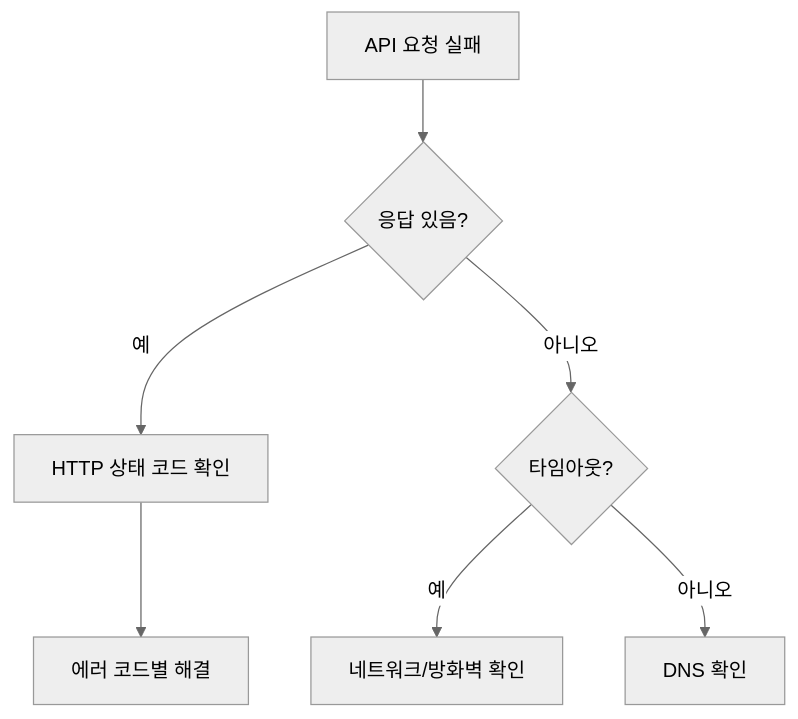
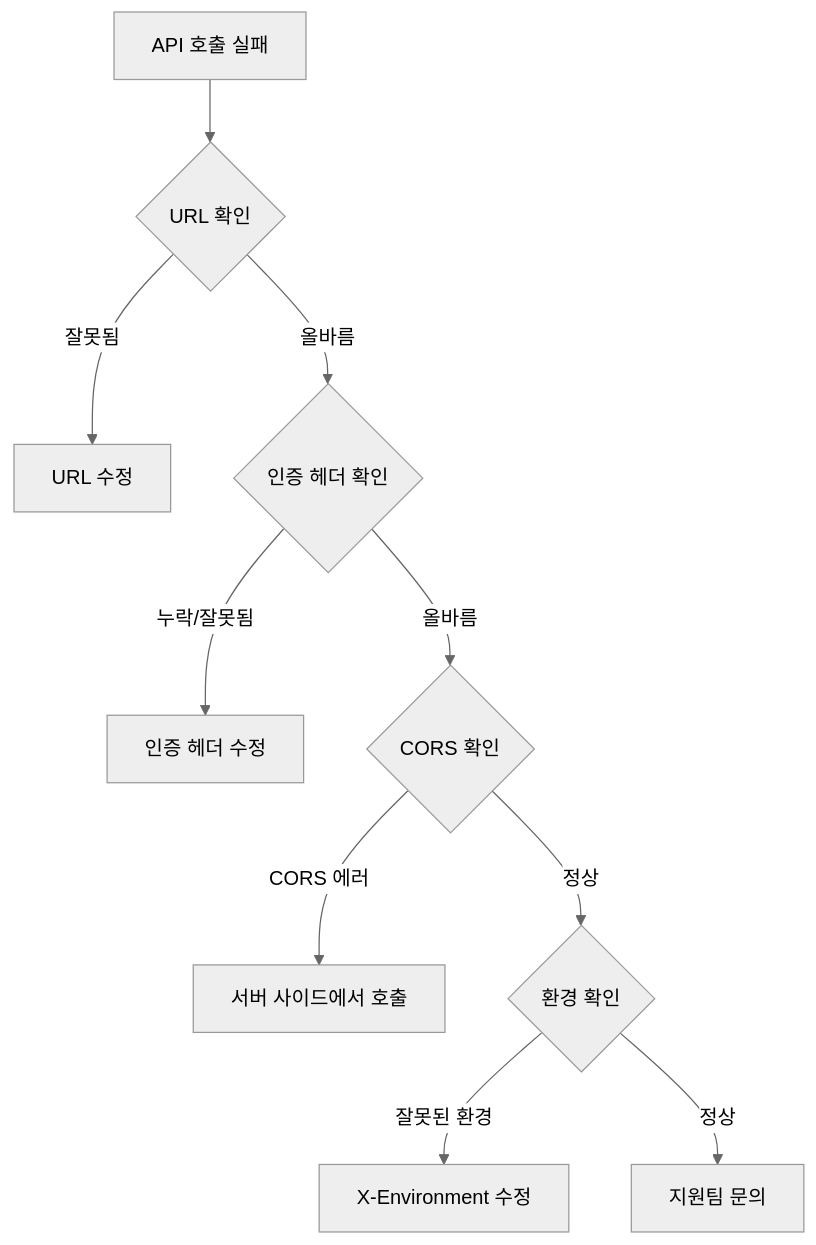
The diagram in ko/troubleshooting/02-connection-issues.md (popup-studio-ai/bkend-docs), drawn with Mermaid (neutral theme) before and after one commit. The commit also changed other lines of this file and 186 other files, not shown here.

````diff
--- a/ko/troubleshooting/02-connection-issues.md
+++ b/ko/troubleshooting/02-connection-issues.md
@@ -13,9 +11,12 @@
 ```mermaid
 flowchart TD
-    A[API 요청 실패] --> B{응답 있음?}
-    B -->|예| C[HTTP 상태 코드 확인]
-    B -->|아니오| D{타임아웃?}
-    C --> E[에러 코드별 해결]
-    D -->|예| F[네트워크/방화벽 확인]
-    D -->|아니오| G[DNS 확인]
+    A[API 호출 실패] --> B{URL 확인}
+    B -->|잘못됨| C[URL 수정]
+    B -->|올바름| D{인증 헤더 확인}
+    D -->|누락/잘못됨| E[인증 헤더 수정]
+    D -->|올바름| F{CORS 확인}
+    F -->|CORS 에러| G[서버 사이드에서 호출]
+    F -->|정상| H{환경 확인}
+    H -->|잘못된 환경| I[X-Environment 수정]
+    H -->|정상| J[지원팀 문의]
 ```
````
